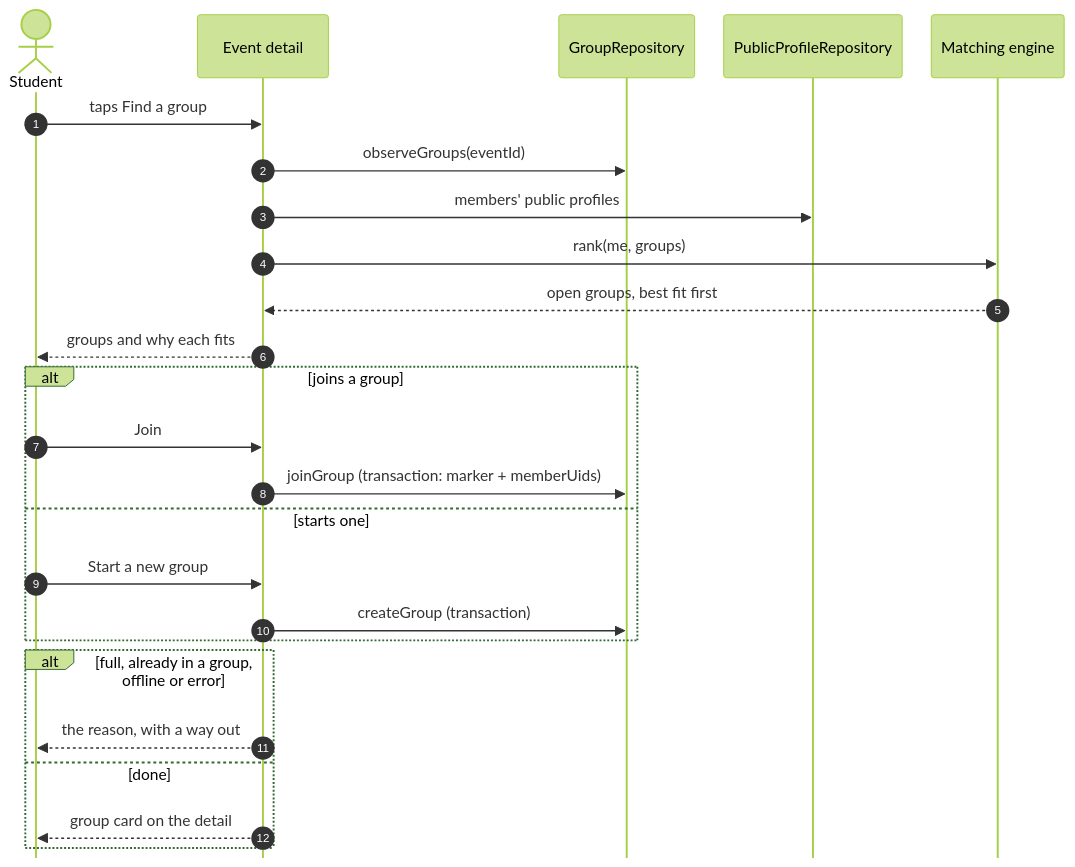
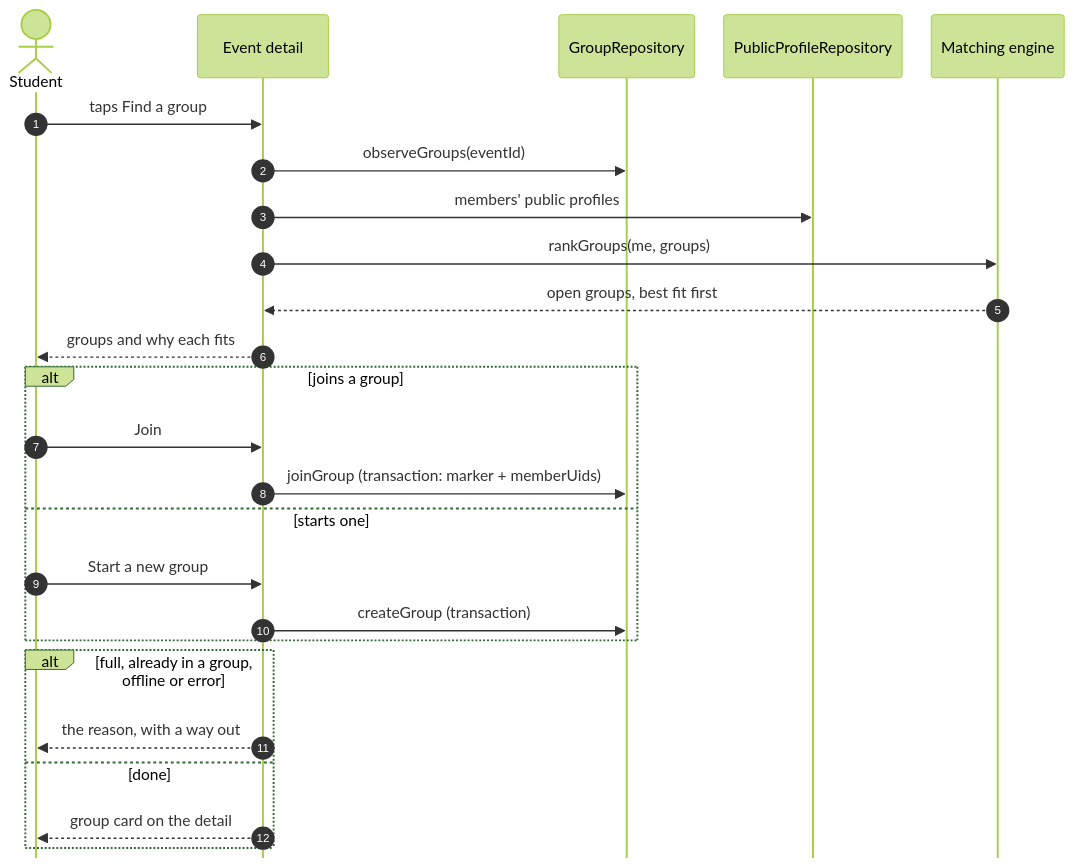
Diagram 11 of 12 in docs/Architecture-Diagram.md (swent-polysocial/PolySocial), drawn with Mermaid (forest theme) before and after one commit.

Commit message:
docs: name rankGroups in the Find a group flow
Refs #231

````diff
--- a/docs/Architecture-Diagram.md
+++ b/docs/Architecture-Diagram.md
@@ -349,28 +349,28 @@
 ```mermaid
 %%{init: {"sequence": {"mirrorActors": false, "actorMargin": 30, "width": 135, "actorFontSize": 15, "messageFontSize": 15, "noteFontSize": 14}}}%%
 sequenceDiagram
   autonumber
   actor S as Student
   participant App as Event detail
   participant GR as GroupRepository
   participant PR as PublicProfileRepository
   participant ME as Matching engine
   S->>App: taps Find a group
   App->>GR: observeGroups(eventId)
   App->>PR: members' public profiles
-  App->>ME: rank(me, groups)
+  App->>ME: rankGroups(me, groups)
   ME-->>App: open groups, best fit first
   App-->>S: groups and why each fits
   alt joins a group
     S->>App: Join
     App->>GR: joinGroup (transaction: marker + memberUids)
   else starts one
     S->>App: Start a new group
     App->>GR: createGroup (transaction)
   end
   alt full, already in a group, offline or error
     App-->>S: the reason, with a way out
   else done
     App-->>S: group card on the detail
   end
 ```
````
